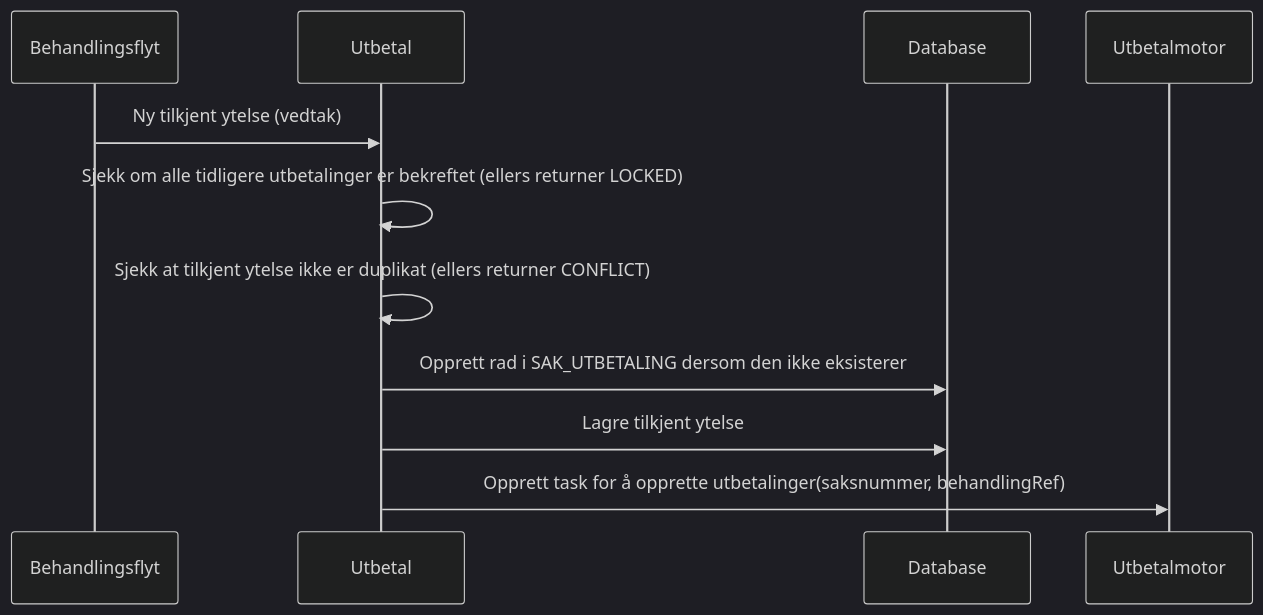
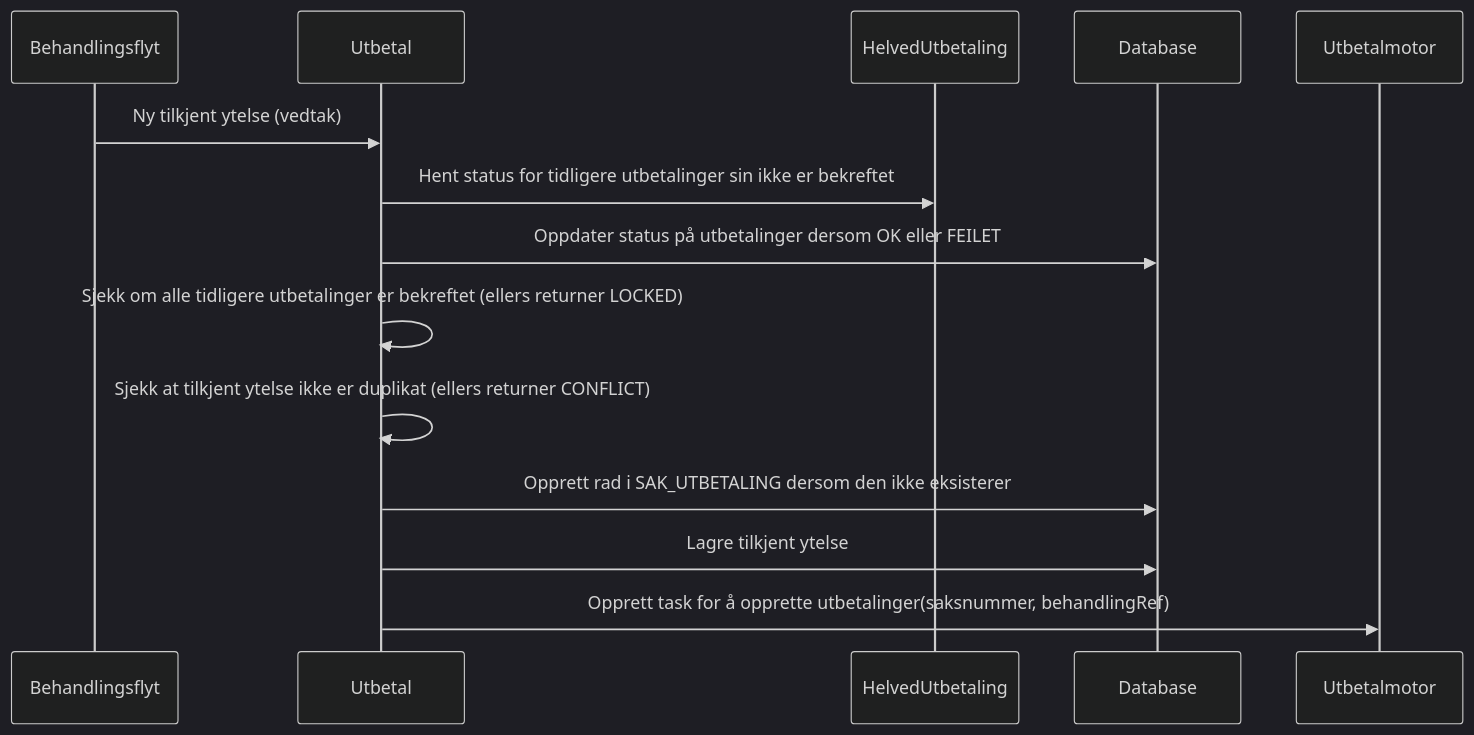
Before and after one commit to navikt/aap-intern-sysdok: the fourth of 7 diagrams in docs/funksjonalitet/14_Utbetal/teknisk.md, drawn with Mermaid (dark theme). The commit also changed other lines of this file and 1 other file, not shown here.

Commit message:
Noen endringer på sysdoc for utbetaling.

````diff
--- a/docs/funksjonalitet/14_Utbetal/teknisk.md
+++ b/docs/funksjonalitet/14_Utbetal/teknisk.md
@@ -64,10 +77,12 @@
 ```mermaid
 sequenceDiagram
 Behandlingsflyt->>Utbetal: Ny tilkjent ytelse (vedtak)
+Utbetal->>HelvedUtbetaling: Hent status for tidligere utbetalinger sin ikke er bekreftet
+Utbetal->>Database: Oppdater status på utbetalinger dersom OK eller FEILET
 Utbetal->>Utbetal: Sjekk om alle tidligere utbetalinger er bekreftet (ellers returner LOCKED)
 Utbetal->>Utbetal: Sjekk at tilkjent ytelse ikke er duplikat (ellers returner CONFLICT)
 Utbetal->>Database: Opprett rad i SAK_UTBETALING dersom den ikke eksisterer
 Utbetal->>Database: Lagre tilkjent ytelse
 Utbetal->>Utbetalmotor: Opprett task for å opprette utbetalinger(saksnummer, behandlingRef)
 
 ```
````
